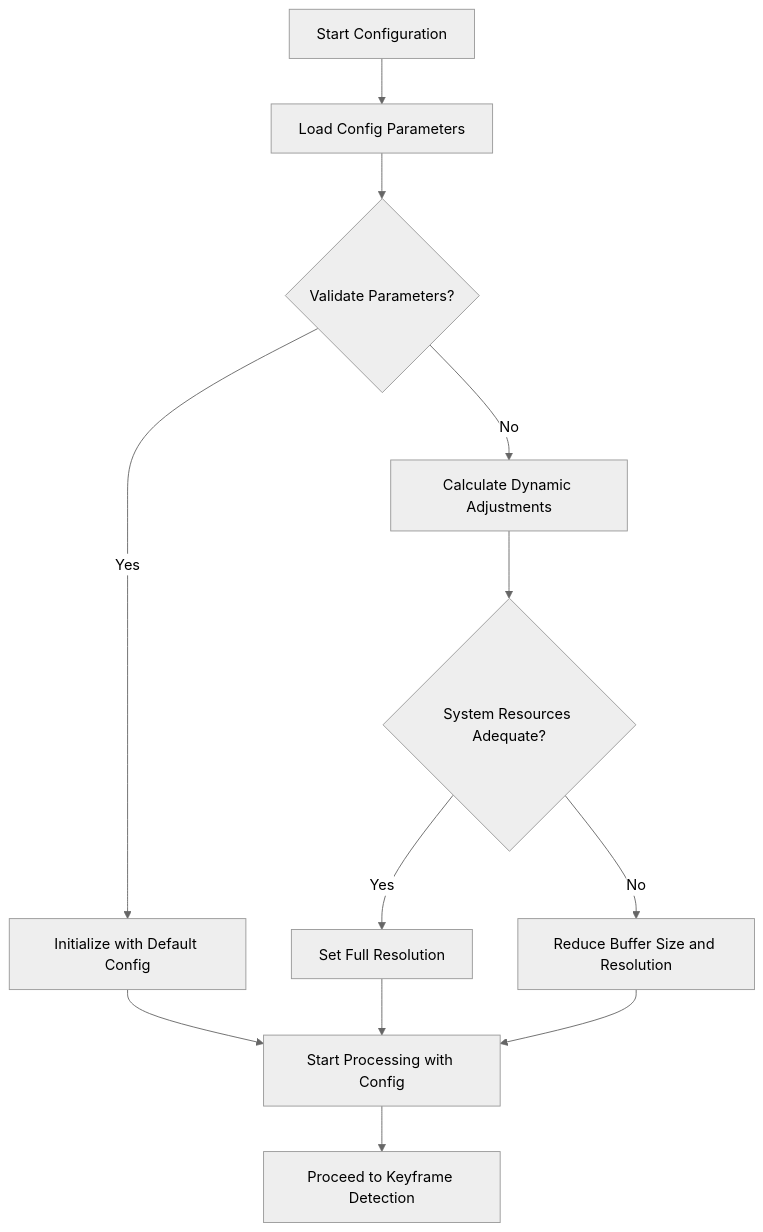
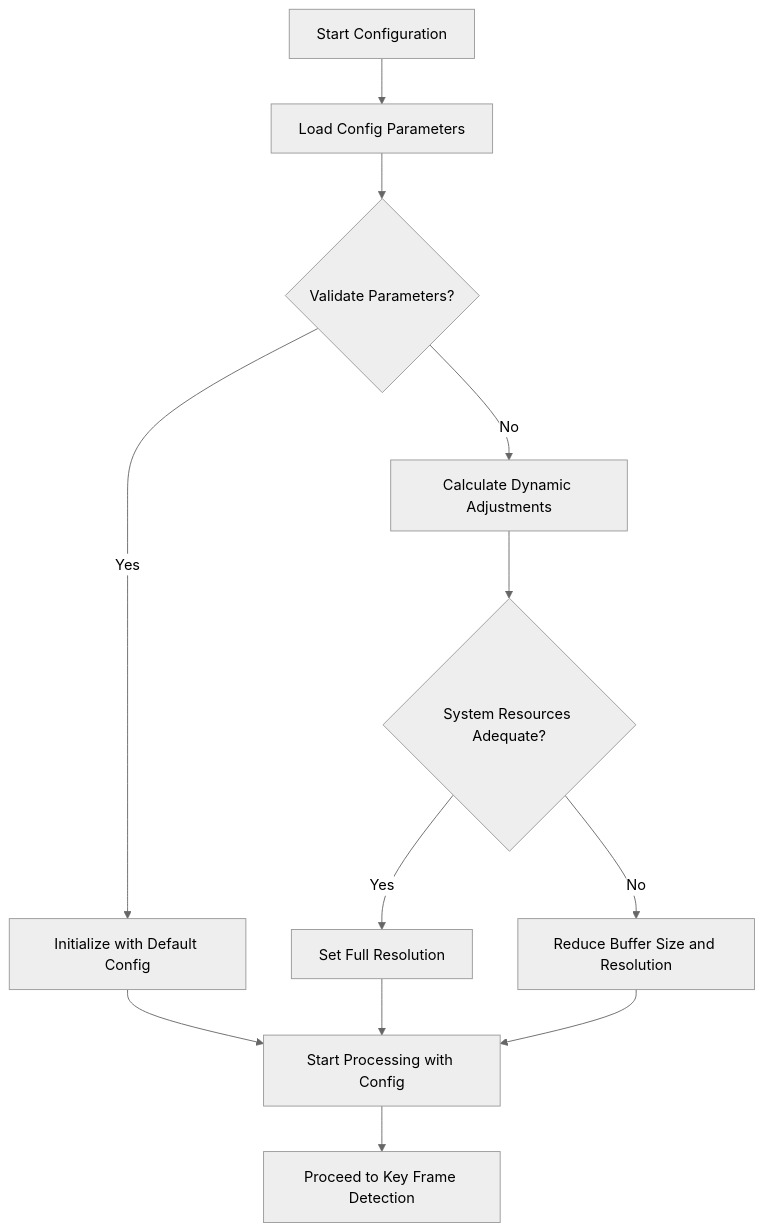
The fourth of 5 diagrams in docs/overview-program-flows.md (davidj-brewster/video-to-keyframes), drawn with Mermaid (neutral theme) before and after one commit. The commit also changed other lines of this file, not shown here.

````diff
--- a/docs/overview-program-flows.md
+++ b/docs/overview-program-flows.md
@@ -112,16 +85,16 @@
 ```mermaid
 flowchart TD
     A[Start Configuration] --> B[Load Config Parameters]
     B --> C{Validate Parameters?}
     C -->|Yes| D[Initialize with Default Config]
     C -->|No| E[Calculate Dynamic Adjustments]
 
     E --> F{System Resources Adequate?}
     F -->|Yes| G[Set Full Resolution]
     F -->|No| H[Reduce Buffer Size and Resolution]
     
     D --> I[Start Processing with Config]
     G --> I
     H --> I
-    I --> J[Proceed to Keyframe Detection]
+    I --> J[Proceed to Key Frame Detection]
 ```
````
